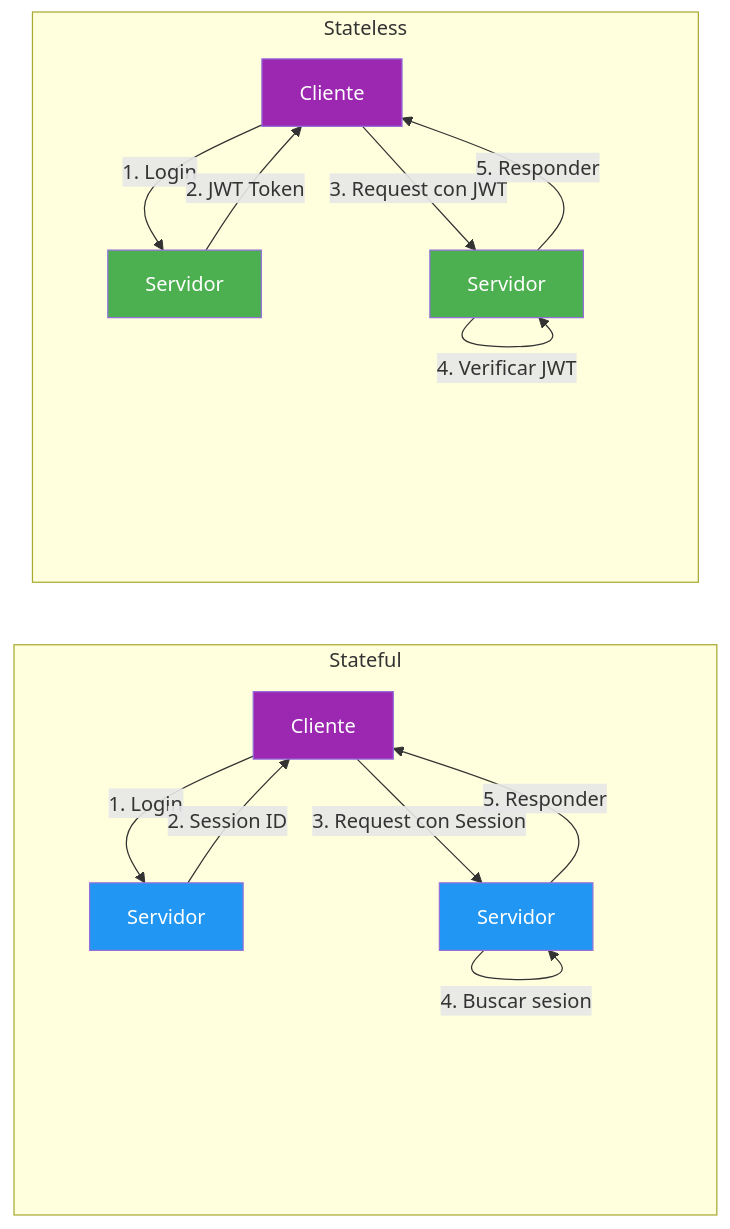
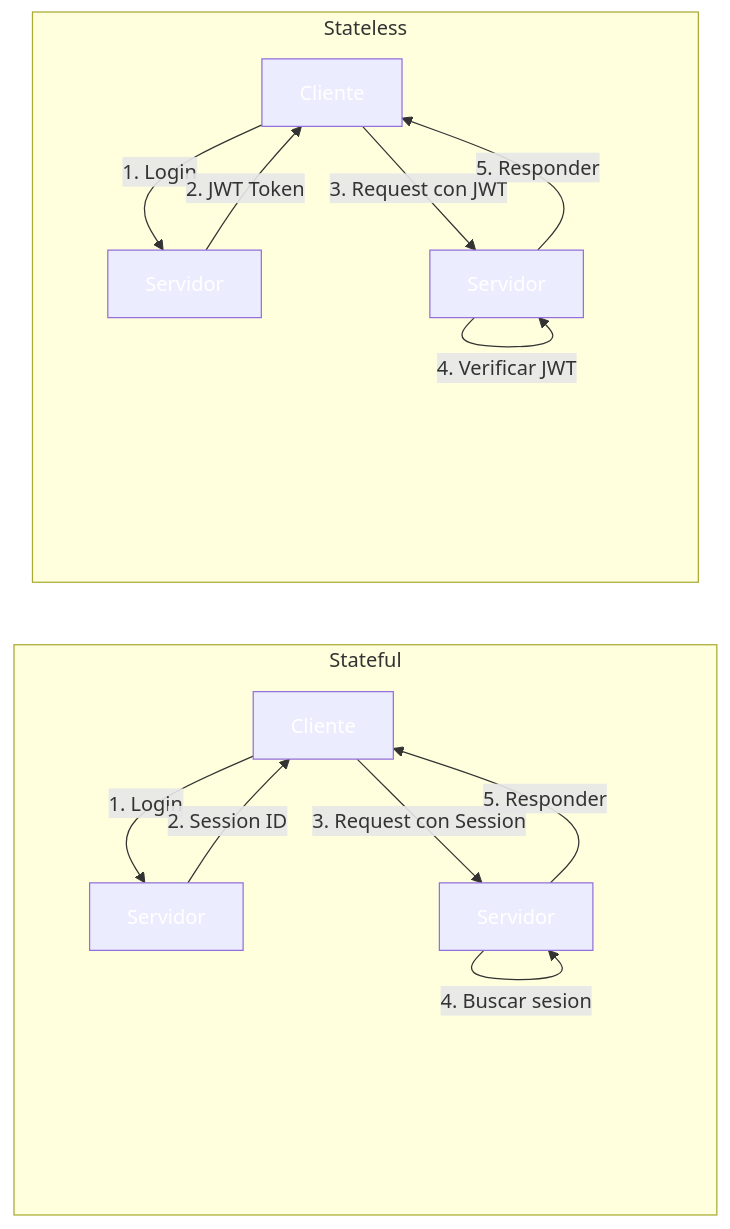
Before and after one commit to joseluisgs/DesarrolloWebEntornosServidor-02-2026-2027: the first of 15 diagrams in 16-autenticacion.md, drawn with Mermaid. The commit also changed other lines of this file and 41 other files, not shown here.

````diff
--- a/16-autenticacion.md
+++ b/16-autenticacion.md
@@ -64,25 +64,25 @@
 ```mermaid
 flowchart LR
     subgraph Stateful
         A1[Cliente] -->|1. Login| A2[Servidor]
         A2 -->|2. Session ID| A1
         A1 -->|3. Request con Session| A3[Servidor]
         A3 -->|4. Buscar sesion| A3
         A3 -->|5. Responder| A1
     end
 
     subgraph Stateless
         B1[Cliente] -->|1. Login| B2[Servidor]
         B2 -->|2. JWT Token| B1
         B1 -->|3. Request con JWT| B4[Servidor]
         B4 -->|4. Verificar JWT| B4
         B4 -->|5. Responder| B1
     end
 
-    style A1 fill:#9C27B0,color:#fff
-    style A2 fill:#2196F3,color:#fff
-    style A3 fill:#2196F3,color:#fff
-    style B1 fill:#9C27B0,color:#fff
-    style B2 fill:#4CAF50,color:#fff
-    style B4 fill:#4CAF50,color:#fff
+    style A1 fill:#9C27B,color:#fff0,color:#fff
+    style A2 fill:#2196F,color:#fff3,color:#fff
+    style A3 fill:#2196F,color:#fff3,color:#fff
+    style B1 fill:#9C27B,color:#fff0,color:#fff
+    style B2 fill:#4CAF5,color:#fff0,color:#fff
+    style B4 fill:#4CAF5,color:#fff0,color:#fff
 ```
````
